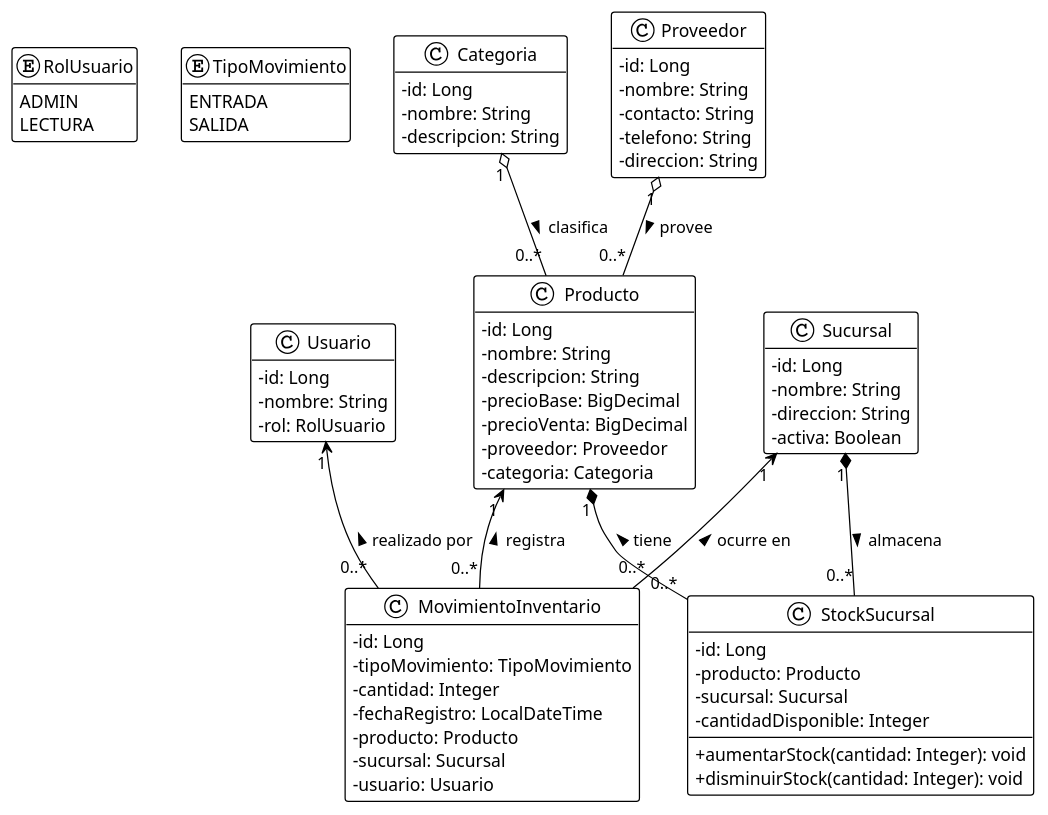
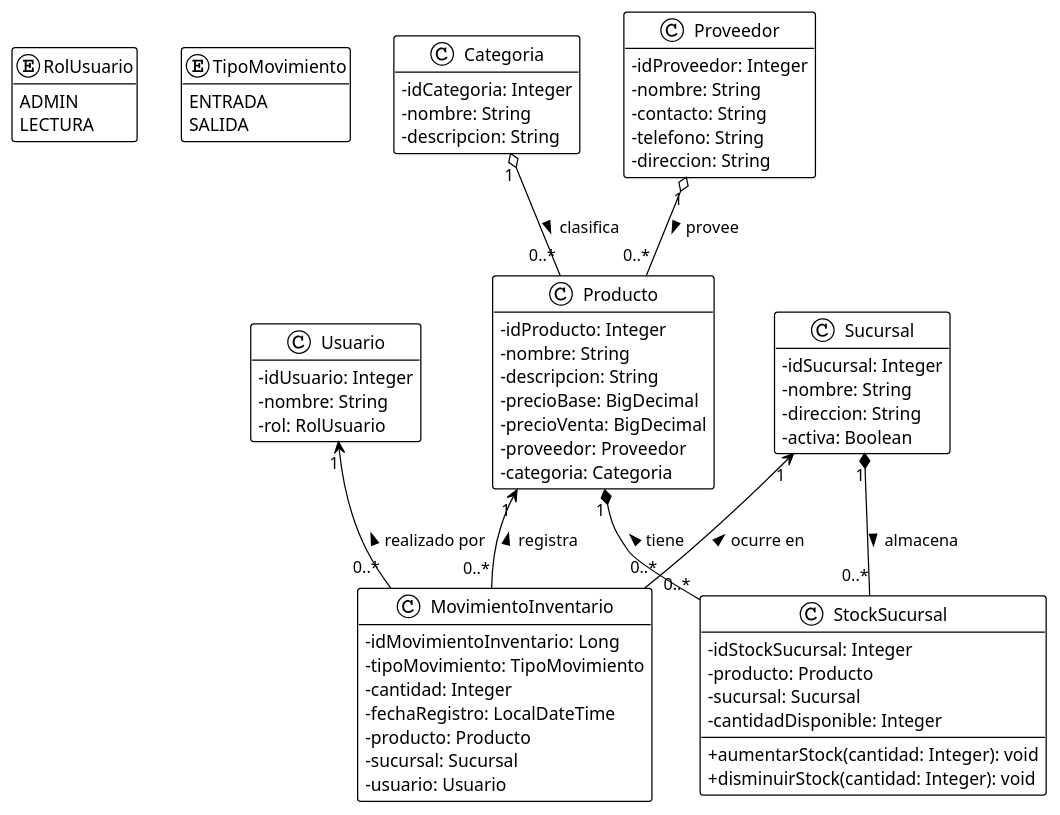
Before and after one commit to DanielYanes-YH25001/gestion-inventarios-api: the diagram in docs/diagramas/diagrama_clases.puml, drawn with PlantUML. The commit also changed 1 other file, not shown here.

Commit message:
docs: actualizar diagrama de clases
- Actualizar tipo de dato y nombre del identificador en todas las entidades

```diff
--- a/docs/diagramas/diagrama_clases.puml
+++ b/docs/diagramas/diagrama_clases.puml
@@ -1,87 +1,87 @@
 @startuml Diagrama de Clases
 !theme plain
 skinparam classAttributeIconSize 0
 hide empty members
 
 ' Enums
 enum RolUsuario {
     ADMIN
     LECTURA
 }
 
 enum TipoMovimiento {
     ENTRADA
     SALIDA
 }
 
 ' Entidades de Catálogo Y Usuario
 class Usuario {
-    - id: Long
+    - idUsuario: Integer
     - nombre: String
     - rol: RolUsuario
 }
 
 class Categoria {
-    - id: Long
+    - idCategoria: Integer
     - nombre: String
     - descripcion: String
 }
 
 class Proveedor {
-    - id: Long
+    - idProveedor: Integer
     - nombre: String
     - contacto: String
     - telefono: String
     - direccion: String
 }
 
 class Sucursal {
-    - id: Long
+    - idSucursal: Integer
     - nombre: String
     - direccion: String
     - activa: Boolean
 }
 
 ' Entidad Principal
 class Producto {
-    - id: Long
+    - idProducto: Integer
     - nombre: String
     - descripcion: String
     - precioBase: BigDecimal
     - precioVenta: BigDecimal
     - proveedor: Proveedor
     - categoria: Categoria
 }
 
 ' Entidades Transaccionales e Intermedias
 class StockSucursal {
-    - id: Long
+    - idStockSucursal: Integer
     - producto: Producto
     - sucursal: Sucursal
     - cantidadDisponible: Integer
     + aumentarStock(cantidad: Integer): void
     + disminuirStock(cantidad: Integer): void
 }
 
 class MovimientoInventario {
-    - id: Long
+    - idMovimientoInventario: Long
     - tipoMovimiento: TipoMovimiento
     - cantidad: Integer
     - fechaRegistro: LocalDateTime
     - producto: Producto
     - sucursal: Sucursal
     - usuario: Usuario
 }
 
 ' Relaciones
 Categoria "1" o-- "0..*" Producto : clasifica >
 Proveedor "1" o-- "0..*" Producto : provee >
 
 Producto "1" *-- "0..*" StockSucursal : tiene <
 Sucursal "1" *-- "0..*" StockSucursal : almacena >
 
 Producto "1" <-- "0..*" MovimientoInventario : registra <
 Sucursal "1" <-- "0..*" MovimientoInventario : ocurre en <
 Usuario "1" <-- "0..*" MovimientoInventario : realizado por <
 
 @enduml
```
